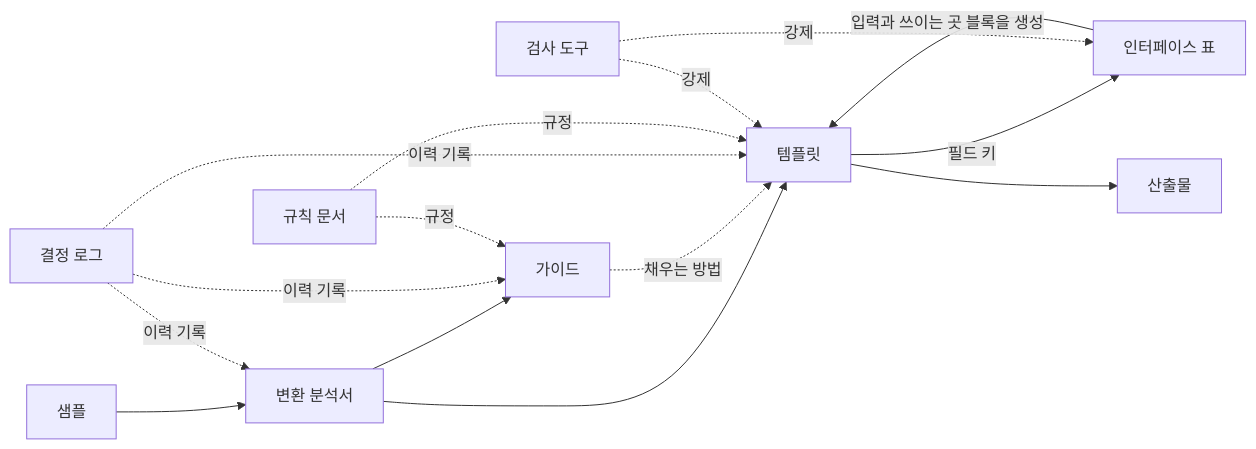
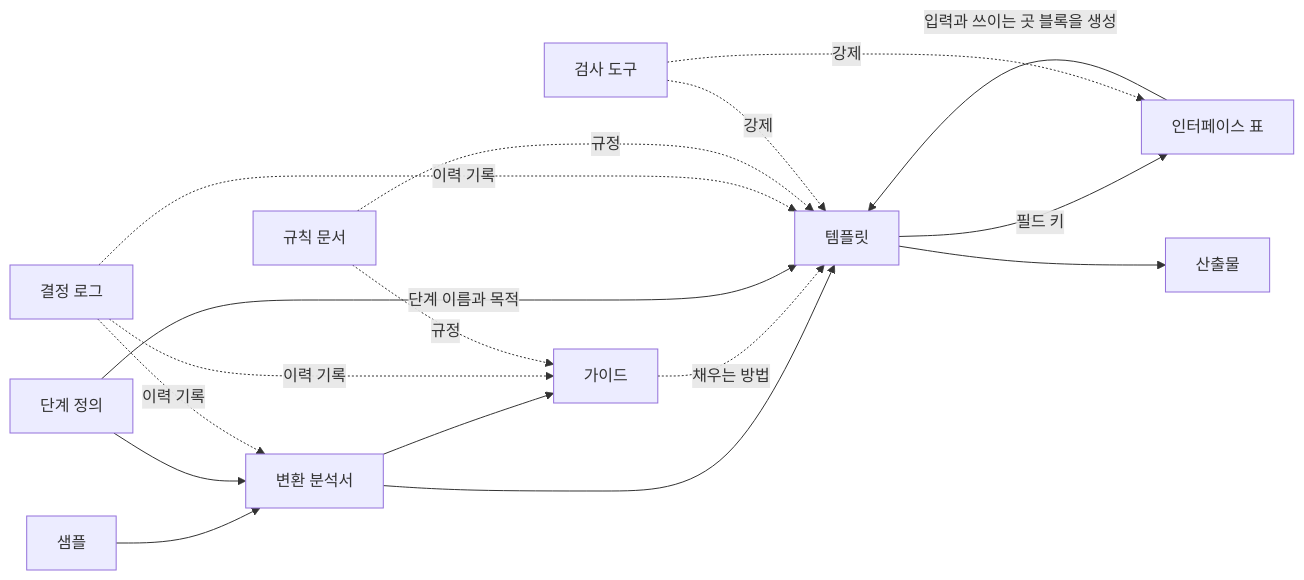
The second of 2 diagrams in docs/문서_체계_정의서.md (stimpaked/Git_Test_Project), drawn with Mermaid before and after one commit. The commit also changed other lines of this file and 2 other files, not shown here.

````diff
--- a/docs/문서_체계_정의서.md
+++ b/docs/문서_체계_정의서.md
@@ -49,17 +108,19 @@
 ```mermaid
 flowchart LR
   S[샘플] --> CA[변환 분석서]
+  SD[단계 정의] --> CA
   CA --> T[템플릿]
   CA --> G[가이드]
   G -. 채우는 방법 .-> T
   T -- 필드 키 --> IF[인터페이스 표]
   IF -- 입력과 쓰이는 곳 블록을 생성 --> T
+  SD -- 단계 이름과 목적 --> T
   T --> O[산출물]
   DL[결정 로그] -. 이력 기록 .-> T
   DL -. 이력 기록 .-> G
   DL -. 이력 기록 .-> CA
   R[규칙 문서] -. 규정 .-> T
   R -. 규정 .-> G
   K[검사 도구] -. 강제 .-> T
   K -. 강제 .-> IF
 ```
````
